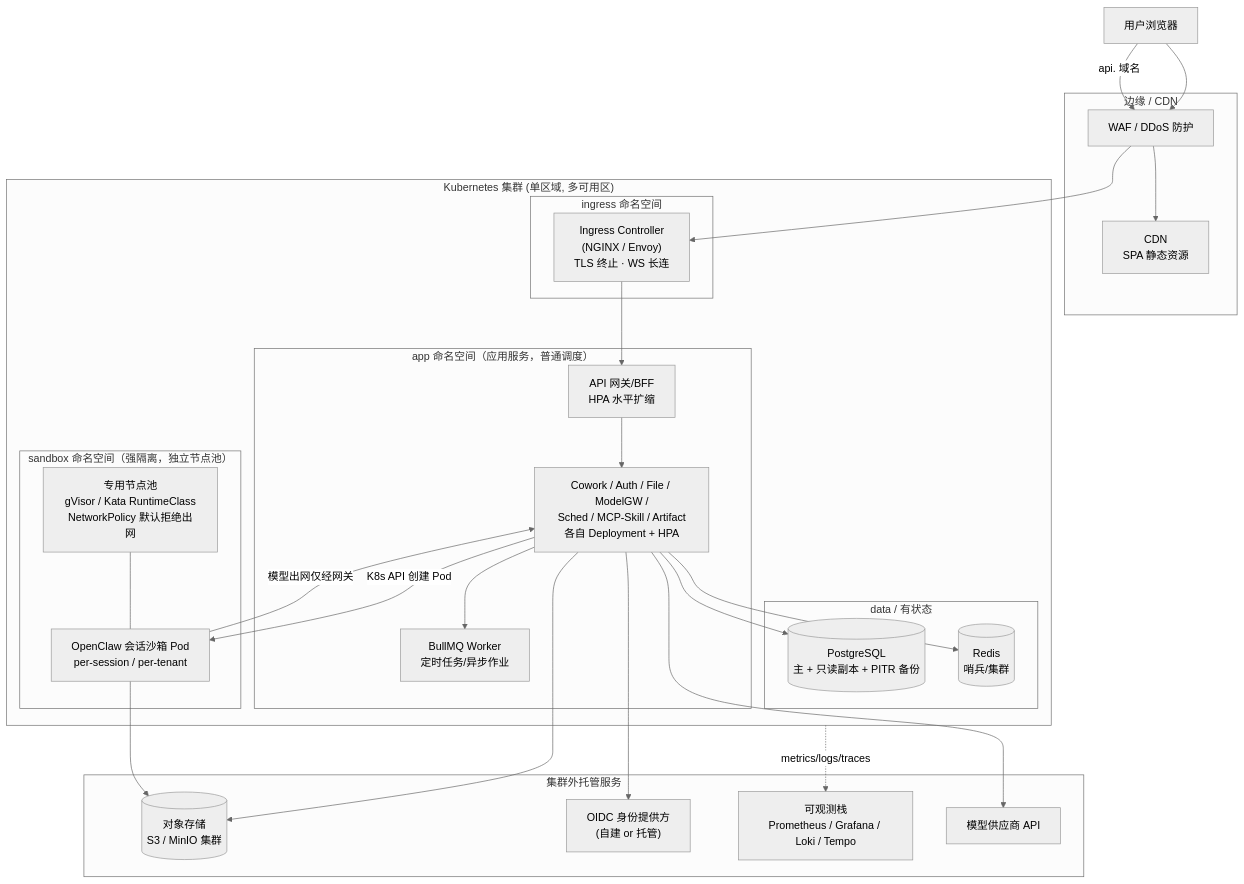
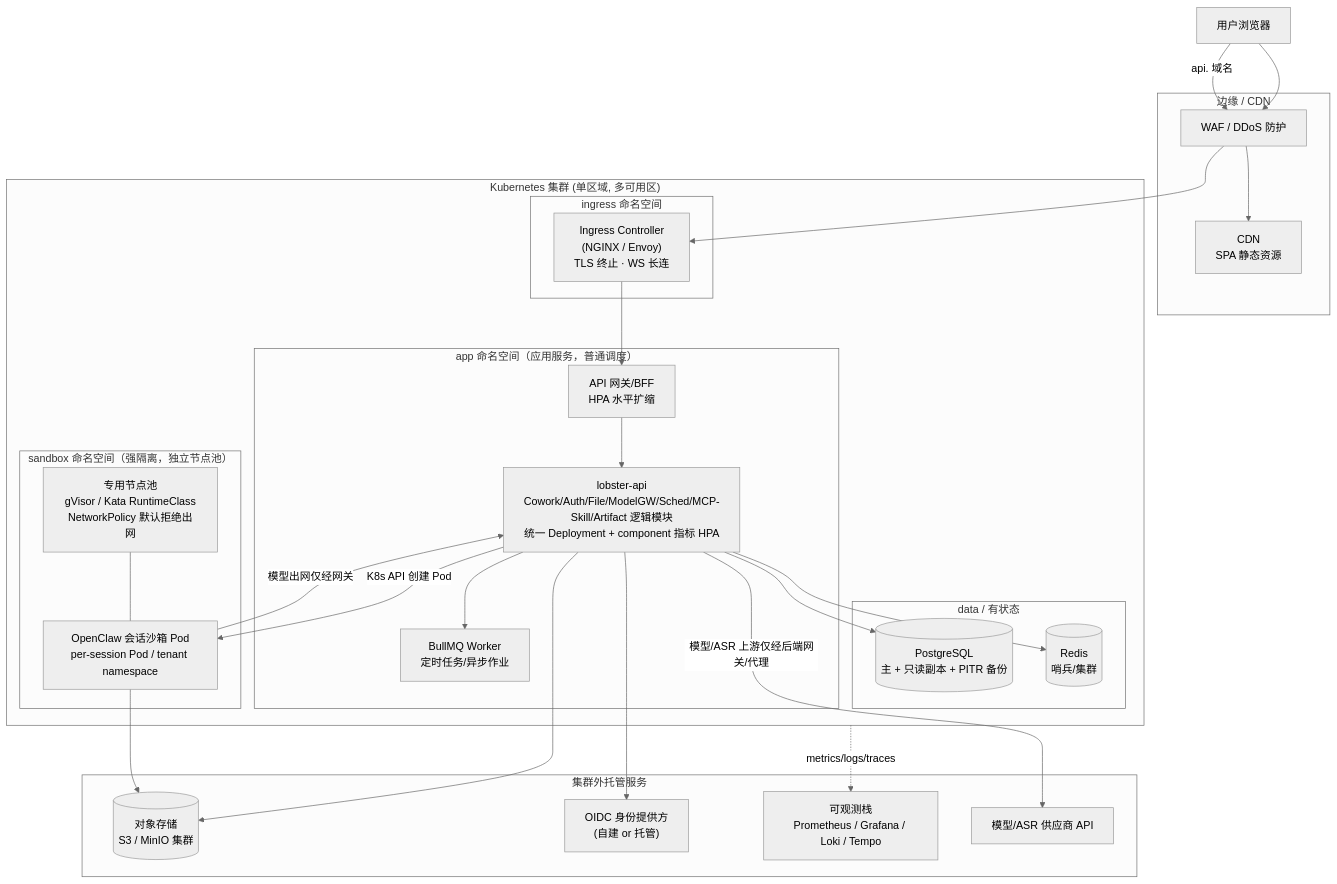
One commit to edward-ng-duke/LobsterAI changed the second of 4 diagrams in 改造计划/02-目标架构与技术选型.md. Above: the diagram before and after it, drawn with Mermaid (neutral theme). The commit also changed other lines of this file and 27 other files, not shown here.

````diff
--- a/改造计划/02-目标架构与技术选型.md
+++ b/改造计划/02-目标架构与技术选型.md
@@ -149,54 +149,54 @@
 ```mermaid
 flowchart TB
   User["用户浏览器"]
 
   subgraph CDNEdge["边缘 / CDN"]
     CDNNode["CDN<br/>SPA 静态资源"]
     WAF["WAF / DDoS 防护"]
   end
 
   subgraph K8s["Kubernetes 集群 (单区域, 多可用区)"]
     subgraph IngressNS["ingress 命名空间"]
       Ingress["Ingress Controller<br/>(NGINX / Envoy)<br/>TLS 终止 · WS 长连"]
     end
 
     subgraph AppNS["app 命名空间（应用服务，普通调度）"]
       GWDeploy["API 网关/BFF<br/>HPA 水平扩缩"]
-      SvcDeploy["Cowork / Auth / File / ModelGW /<br/>Sched / MCP-Skill / Artifact<br/>各自 Deployment + HPA"]
+      SvcDeploy["lobster-api<br/>Cowork/Auth/File/ModelGW/Sched/MCP-Skill/Artifact 逻辑模块<br/>统一 Deployment + component 指标 HPA"]
       Worker["BullMQ Worker<br/>定时任务/异步作业"]
     end
 
     subgraph SandboxNS["sandbox 命名空间（强隔离，独立节点池）"]
       NodePool["专用节点池<br/>gVisor / Kata RuntimeClass<br/>NetworkPolicy 默认拒绝出网"]
-      Pods["OpenClaw 会话沙箱 Pod<br/>per-session / per-tenant"]
+      Pods["OpenClaw 会话沙箱 Pod<br/>per-session Pod / tenant namespace"]
       NodePool --- Pods
     end
 
     subgraph DataNS["data / 有状态"]
       PGCluster[("PostgreSQL<br/>主 + 只读副本 + PITR 备份")]
       RedisCluster[("Redis<br/>哨兵/集群")]
     end
   end
 
   subgraph External["集群外托管服务"]
     ObjStore[("对象存储<br/>S3 / MinIO 集群")]
     IdP["OIDC 身份提供方<br/>(自建 or 托管)"]
     Obs["可观测栈<br/>Prometheus / Grafana / Loki / Tempo"]
-    LLMProv["模型供应商 API"]
+    LLMProv["模型/ASR 供应商 API"]
   end
 
   User --> WAF --> CDNNode
   User -->|api. 域名| WAF --> Ingress
   Ingress --> GWDeploy
   GWDeploy --> SvcDeploy
   SvcDeploy --> Worker
   SvcDeploy -->|K8s API 创建 Pod| Pods
   SvcDeploy --> PGCluster
   SvcDeploy --> RedisCluster
   SvcDeploy --> ObjStore
   SvcDeploy --> IdP
   Pods --> ObjStore
   Pods -->|模型出网仅经网关| SvcDeploy
-  SvcDeploy --> LLMProv
+  SvcDeploy -->|模型/ASR 上游仅经后端网关/代理| LLMProv
   K8s -.metrics/logs/traces.-> Obs
 ```
````
